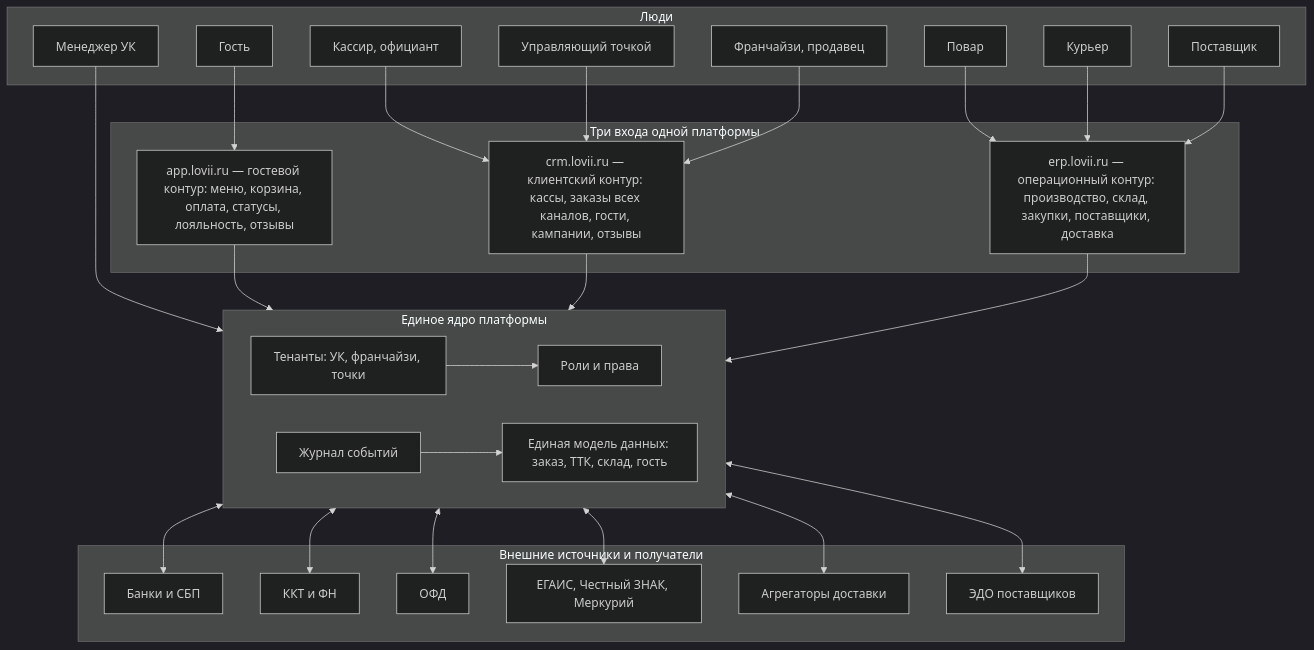
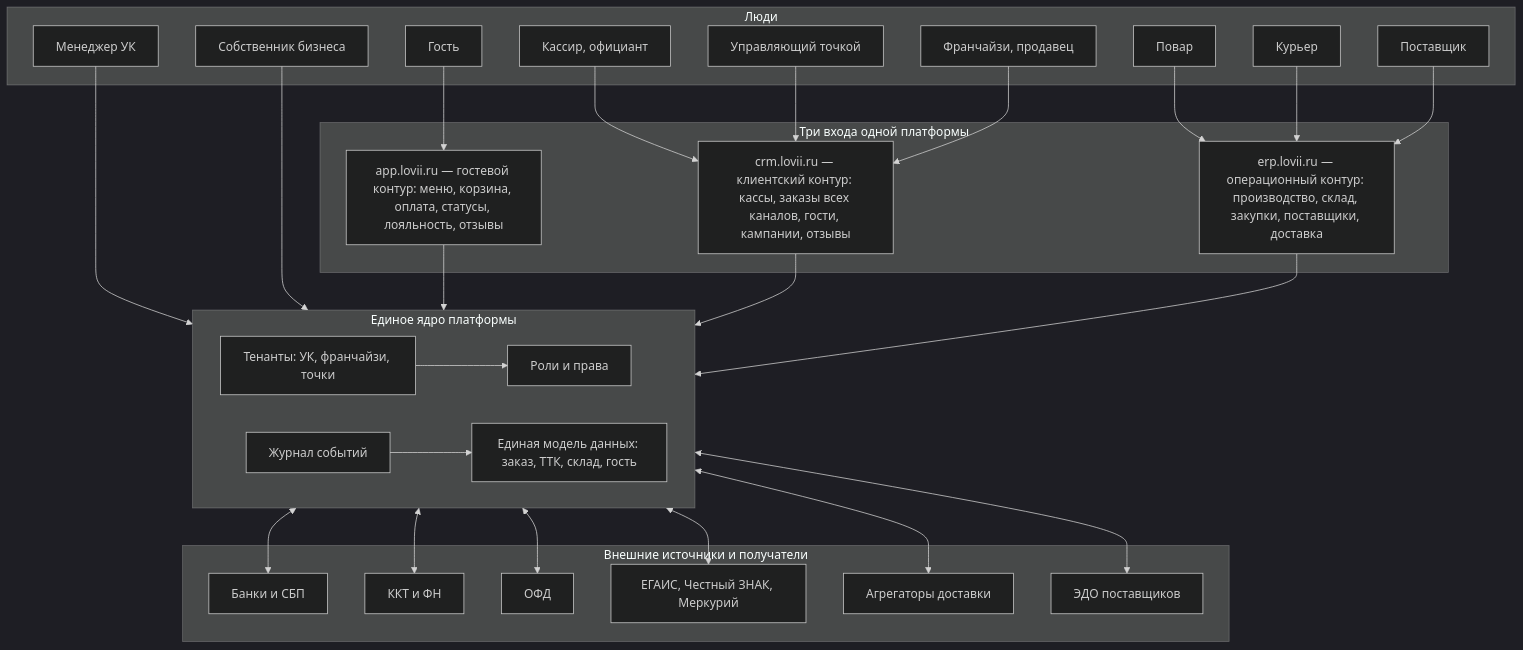
One commit to bestdeejay-design/lovii-crm changed the diagram in docs/research/saas/00-platform-map.md. Above: the diagram before and after it, drawn with Mermaid (dark theme). The commit also changed other lines of this file and 10 other files, not shown here.

````diff
--- a/docs/research/saas/00-platform-map.md
+++ b/docs/research/saas/00-platform-map.md
@@ -9,57 +9,59 @@
 ```mermaid
 flowchart TB
     subgraph PEOPLE["Люди"]
         G["Гость"]
         CASH["Кассир, официант"]
         CHEF["Повар"]
         COUR["Курьер"]
         MGR["Управляющий точкой"]
         SUP["Поставщик"]
         FR["Франчайзи, продавец"]
         UK["Менеджер УК"]
+        OWN["Собственник бизнеса"]
     end
 
     subgraph ENTRY["Три входа одной платформы"]
         APP["app.lovii.ru — гостевой контур: меню, корзина, оплата, статусы, лояльность, отзывы"]
         CRM["crm.lovii.ru — клиентский контур: кассы, заказы всех каналов, гости, кампании, отзывы"]
         ERP["erp.lovii.ru — операционный контур: производство, склад, закупки, поставщики, доставка"]
     end
 
     subgraph CORE["Единое ядро платформы"]
         TN["Тенанты: УК, франчайзи, точки"]
         ROLES["Роли и права"]
         BUS["Журнал событий"]
         MDM["Единая модель данных: заказ, ТТК, склад, гость"]
         TN --> ROLES
         BUS --> MDM
     end
 
     subgraph EXT["Внешние источники и получатели"]
         BANK["Банки и СБП"]
         KKT["ККТ и ФН"]
         OFD["ОФД"]
         GOV["ЕГАИС, Честный ЗНАК, Меркурий"]
         AGG["Агрегаторы доставки"]
         EDO["ЭДО поставщиков"]
     end
 
     G --> APP
     CASH --> CRM
     MGR --> CRM
     CHEF --> ERP
     COUR --> ERP
     SUP --> ERP
     FR --> CRM
     UK --> CORE
+    OWN --> CORE
 
     APP --> CORE
     CRM --> CORE
     ERP --> CORE
 
     CORE <--> BANK
     CORE <--> KKT
     CORE <--> OFD
     CORE <--> GOV
     CORE <--> AGG
     CORE <--> EDO
 ```
````
